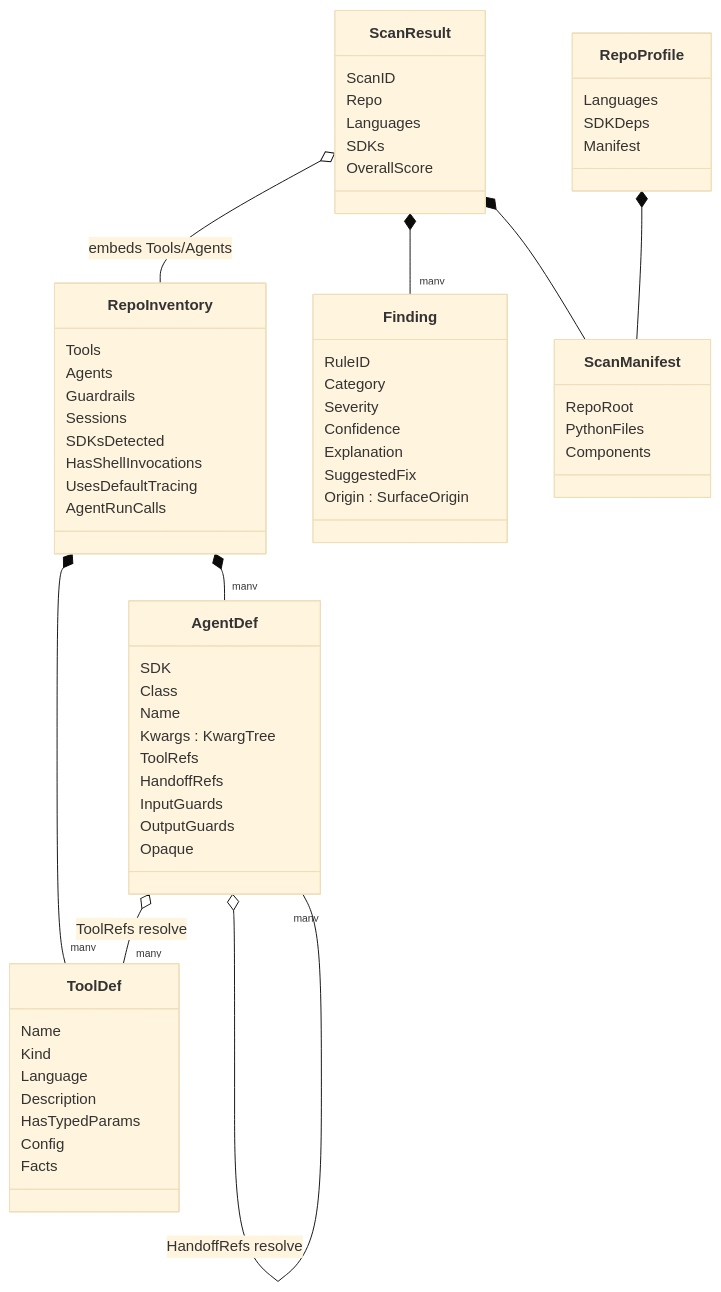
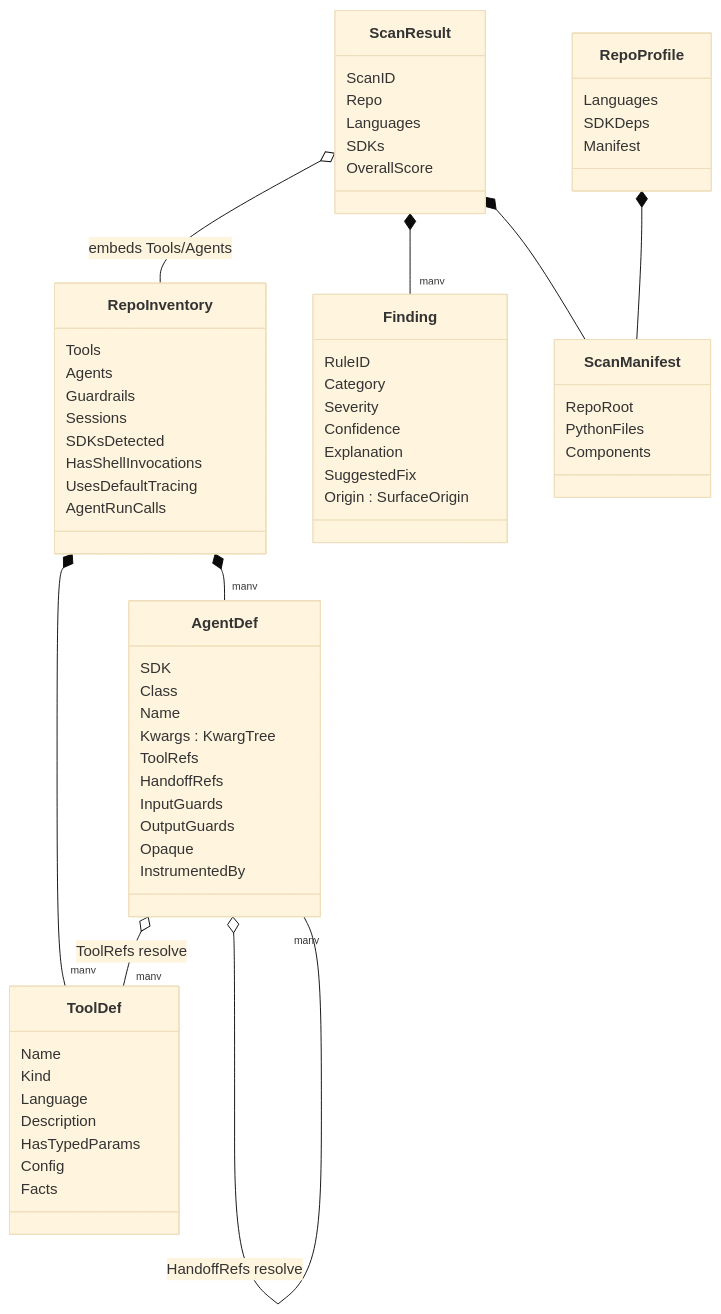
Before and after one commit to trustabl/agent-reliability-analyzer: the third of 4 diagrams in ARCHITECTURE.md, drawn with Mermaid (base theme). The commit also changed other lines of this file and 13 other files, not shown here.

````diff
--- a/ARCHITECTURE.md
+++ b/ARCHITECTURE.md
@@ -1522,68 +1540,69 @@
 ```mermaid
 classDiagram
     class ScanResult {
         ScanID
         Repo
         Languages
         SDKs
         OverallScore
     }
     class RepoProfile {
         Languages
         SDKDeps
         Manifest
     }
     class RepoInventory {
         Tools
         Agents
         Guardrails
         Sessions
         SDKsDetected
         HasShellInvocations
         UsesDefaultTracing
         AgentRunCalls
     }
     class ToolDef {
         Name
         Kind
         Language
         Description
         HasTypedParams
         Config
         Facts
     }
     class AgentDef {
         SDK
         Class
         Name
         Kwargs : KwargTree
         ToolRefs
         HandoffRefs
         InputGuards
         OutputGuards
         Opaque
+        InstrumentedBy
     }
     class Finding {
         RuleID
         Category
         Severity
         Confidence
         Explanation
         SuggestedFix
         Origin : SurfaceOrigin
     }
     class ScanManifest {
         RepoRoot
         PythonFiles
         Components
     }
 
     ScanResult o-- RepoInventory : embeds Tools/Agents
     ScanResult *-- "many" Finding
     ScanResult *-- ScanManifest
     RepoProfile *-- ScanManifest
     RepoInventory *-- "many" ToolDef
     RepoInventory *-- "many" AgentDef
     AgentDef o-- "many" ToolDef : ToolRefs resolve
     AgentDef o-- "many" AgentDef : HandoffRefs resolve
 ```
````
